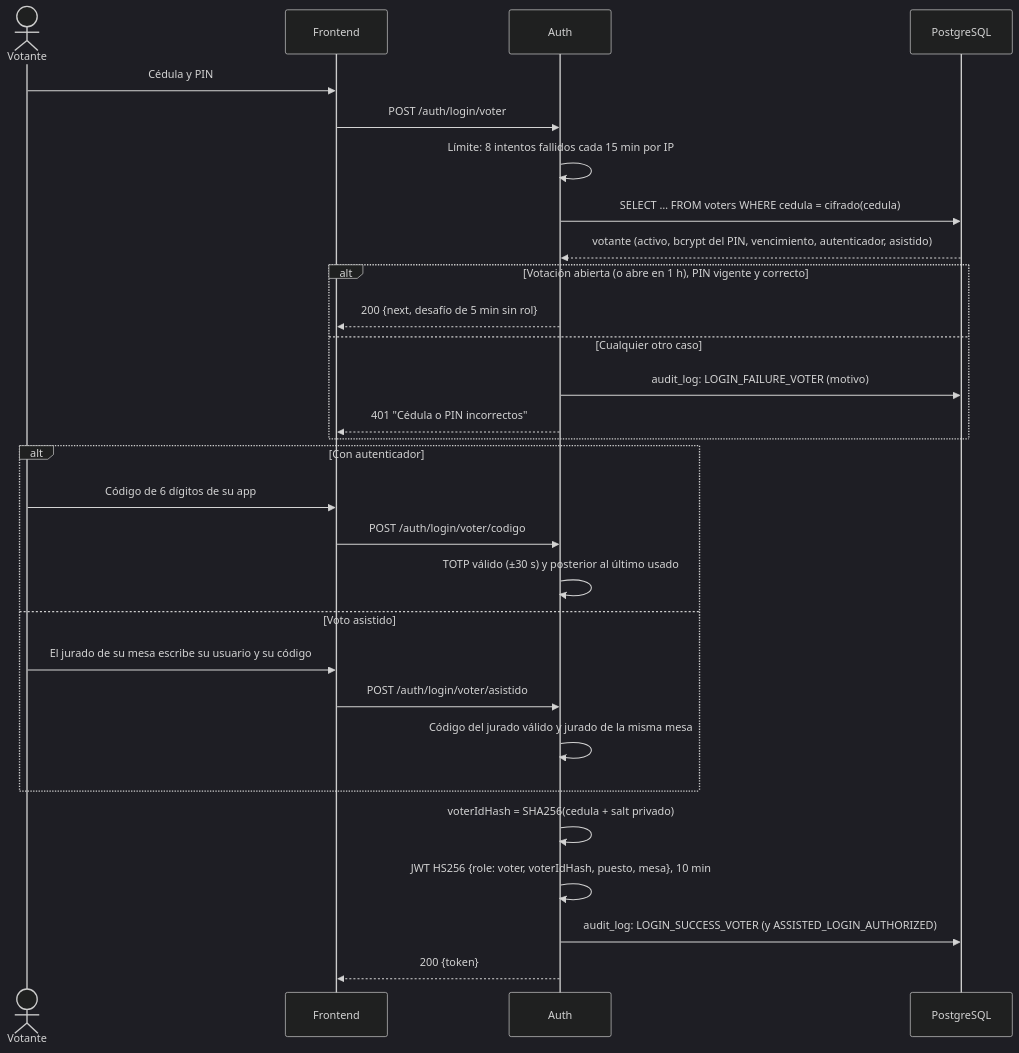
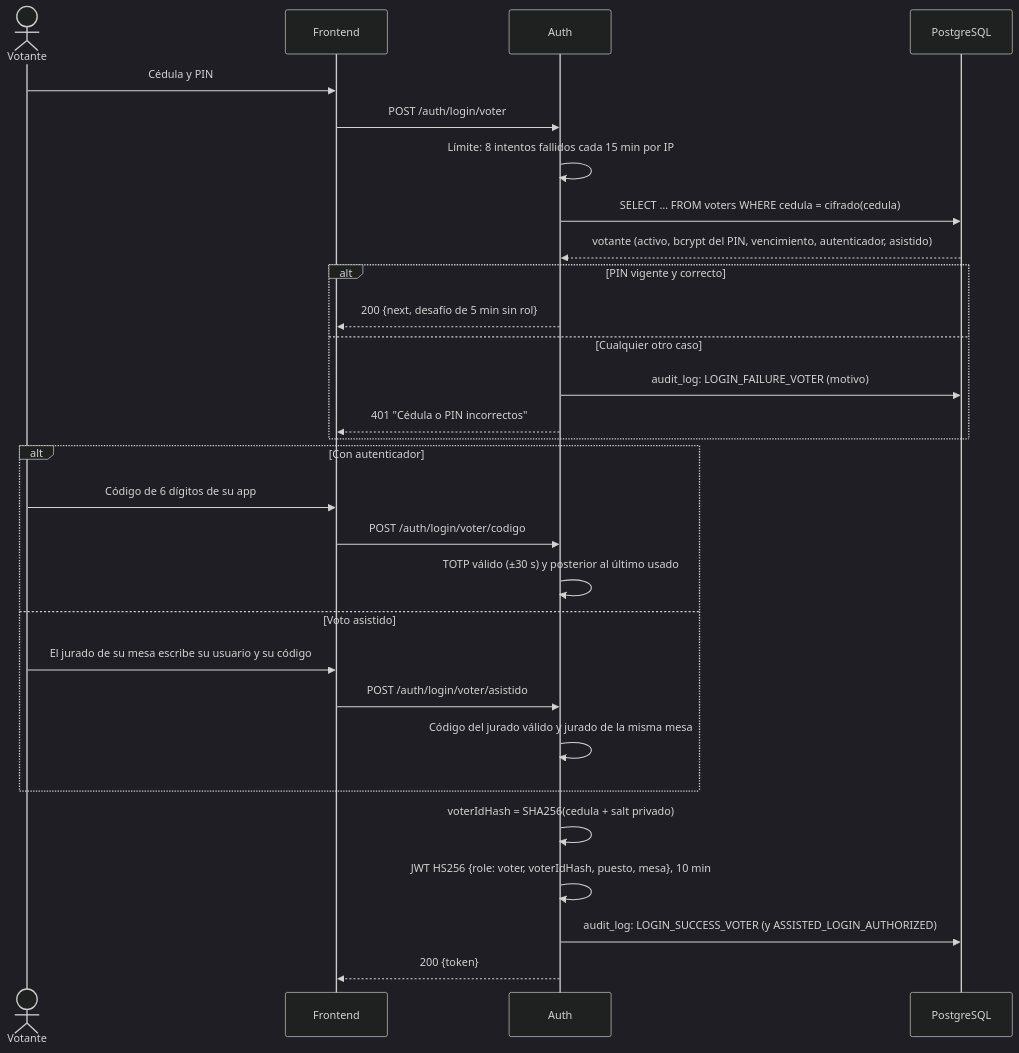
One commit to NicolasPineda1421/LiveMetric changed the third of 8 diagrams in docs/informe-tecnico.md. Above: the diagram before and after it, drawn with Mermaid (dark theme). The commit also changed other lines of this file and 26 other files, not shown here.

````diff
--- a/docs/informe-tecnico.md
+++ b/docs/informe-tecnico.md
@@ -185,32 +185,32 @@
 ```mermaid
 sequenceDiagram
     actor Votante
     participant FE as Frontend
     participant AUTH as Auth
     participant DB as PostgreSQL
 
     Votante->>FE: Cédula y PIN
     FE->>AUTH: POST /auth/login/voter
     AUTH->>AUTH: Límite: 8 intentos fallidos cada 15 min por IP
     AUTH->>DB: SELECT … FROM voters WHERE cedula = cifrado(cedula)
     DB-->>AUTH: votante (activo, bcrypt del PIN, vencimiento, autenticador, asistido)
-    alt Votación abierta (o abre en 1 h), PIN vigente y correcto
+    alt PIN vigente y correcto
         AUTH-->>FE: 200 {next, desafío de 5 min sin rol}
     else Cualquier otro caso
         AUTH->>DB: audit_log: LOGIN_FAILURE_VOTER (motivo)
         AUTH-->>FE: 401 "Cédula o PIN incorrectos"
     end
     alt Con autenticador
         Votante->>FE: Código de 6 dígitos de su app
         FE->>AUTH: POST /auth/login/voter/codigo
         AUTH->>AUTH: TOTP válido (±30 s) y posterior al último usado
     else Voto asistido
         Votante->>FE: El jurado de su mesa escribe su usuario y su código
         FE->>AUTH: POST /auth/login/voter/asistido
         AUTH->>AUTH: Código del jurado válido y jurado de la misma mesa
     end
     AUTH->>AUTH: voterIdHash = SHA256(cedula + salt privado)
     AUTH->>AUTH: JWT HS256 {role: voter, voterIdHash, puesto, mesa}, 10 min
     AUTH->>DB: audit_log: LOGIN_SUCCESS_VOTER (y ASSISTED_LOGIN_AUTHORIZED)
     AUTH-->>FE: 200 {token}
 ```
````
